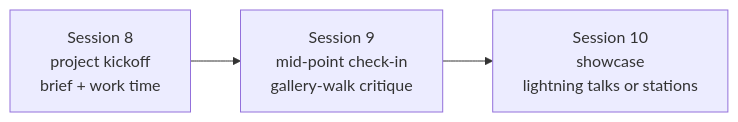
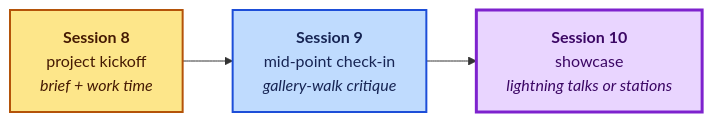
The diagram in intro-ai-tools/activities/08-capstone.md (mvalancy/lesson-plans), drawn with Mermaid before and after one commit. The commit also changed 1 other file, not shown here.

Commit message:
Style the mermaid diagrams: color-coded nodes, bold titles, thread groupings
Session rhythm colored by scaffold stage (show/assist/solo/wrap), module
map colored per module with the ethics and capstone nodes emphasized,
course threads split into "understand the stack" and "publish real
things" subgraphs, capstone arc colored by session. Explicit fills and
dark text so the palette reads on GitHub light and dark themes alike.

````diff
--- a/intro-ai-tools/activities/08-capstone.md
+++ b/intro-ai-tools/activities/08-capstone.md
@@ -15,5 +15,12 @@
 ```mermaid
 flowchart LR
-    A["Session 8<br/>project kickoff<br/>brief + work time"] --> B["Session 9<br/>mid-point check-in<br/>gallery-walk critique"]
-    B --> C["Session 10<br/>showcase<br/>lightning talks or stations"]
+    A["<b>Session 8</b><br/>project kickoff<br/><i>brief + work time</i>"] --> B["<b>Session 9</b><br/>mid-point check-in<br/><i>gallery-walk critique</i>"]
+    B --> C["<b>Session 10</b><br/>showcase<br/><i>lightning talks or stations</i>"]
+
+    classDef kickoff fill:#fde68a,stroke:#b45309,stroke-width:2px,color:#451a03
+    classDef midpoint fill:#bfdbfe,stroke:#1d4ed8,stroke-width:2px,color:#172554
+    classDef showcase fill:#e9d5ff,stroke:#7e22ce,stroke-width:3px,color:#3b0764
+    class A kickoff
+    class B midpoint
+    class C showcase
 ```
````
